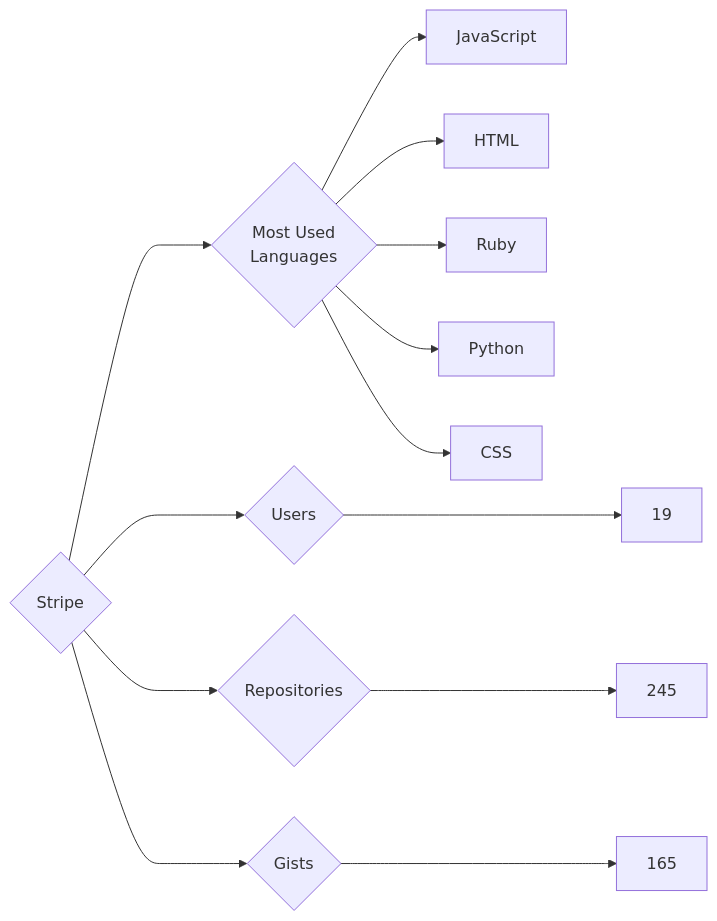
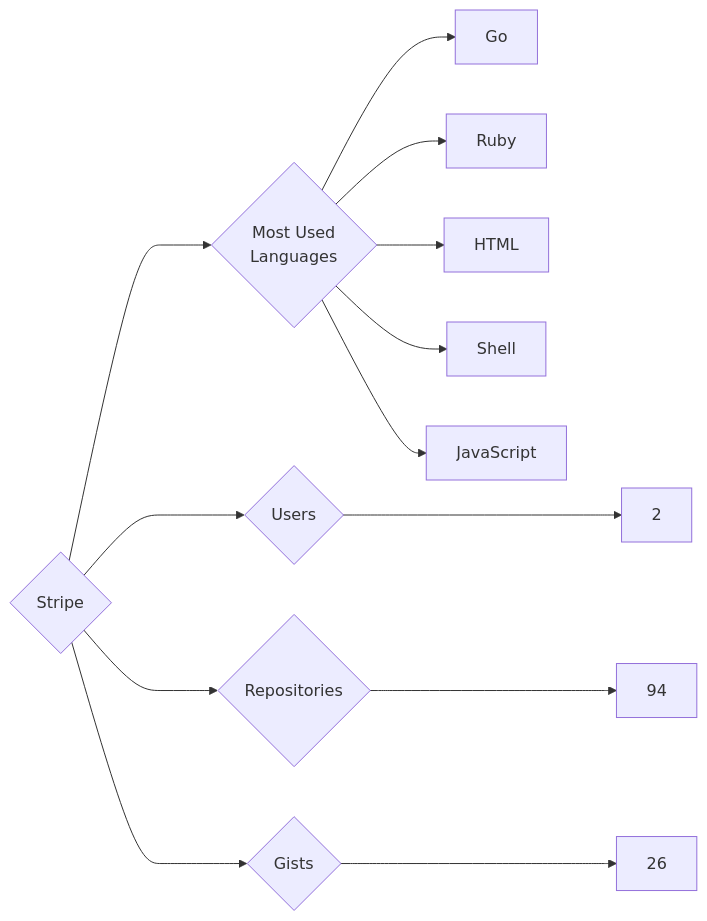
One commit to trickest/insiders changed the diagram in targets/Stripe/README.md. Above: the diagram before and after it, drawn with Mermaid. The commit also changed 677 other files, not shown here.

````diff
--- a/targets/Stripe/README.md
+++ b/targets/Stripe/README.md
@@ -3,13 +3,13 @@
 ```mermaid
 graph LR
 COMPANY_NAME{Stripe}
-COMPANY_NAME ---> U{Users} ---> UN[19]
-COMPANY_NAME ---> R{Repositories} ---> RN[245]
-COMPANY_NAME ---> G{Gists} ---> GN[165]
+COMPANY_NAME ---> U{Users} ---> UN[2]
+COMPANY_NAME ---> R{Repositories} ---> RN[94]
+COMPANY_NAME ---> G{Gists} ---> GN[26]
 COMPANY_NAME ---> ML{Most Used<br>Languages}
+ML --> Go[Go]
+ML --> Ruby[Ruby]
+ML --> HTML[HTML]
+ML --> Shell[Shell]
 ML --> JavaScript[JavaScript]
-ML --> HTML[HTML]
-ML --> Ruby[Ruby]
-ML --> Python[Python]
-ML --> CSS[CSS]
 ```
````
